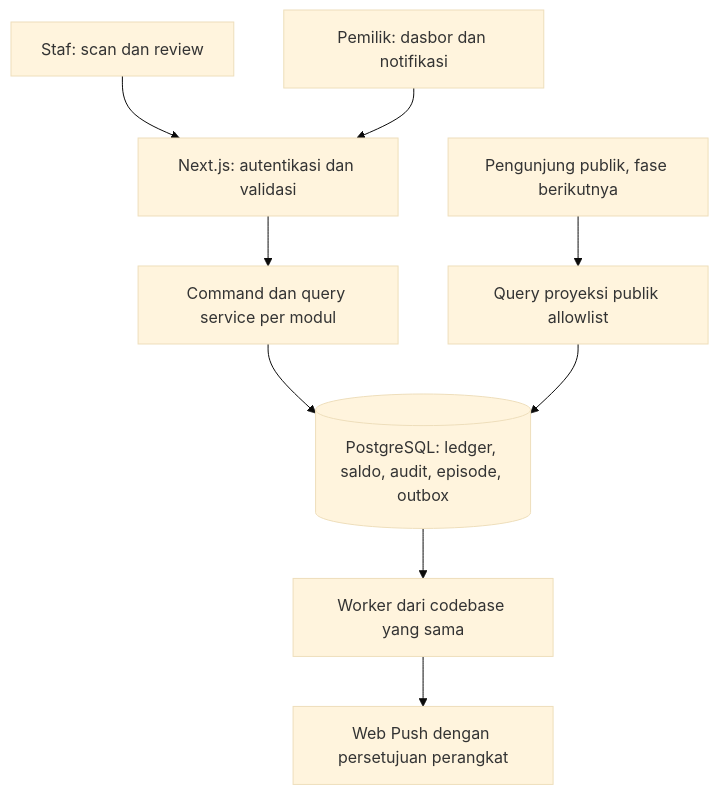
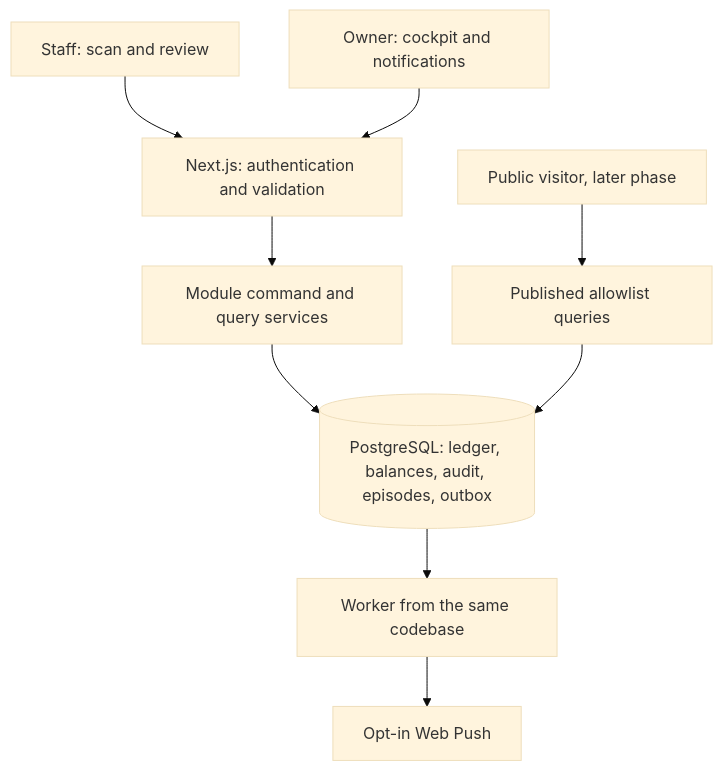
Before and after one commit to yusufarst/bantukasir: the diagram in docs/02-ARCHITECTURE.md, drawn with Mermaid (base theme). The commit also changed other lines of this file and 19 other files, not shown here.

Commit message:
docs: complete English product and architecture refinement

````diff
--- a/docs/02-ARCHITECTURE.md
+++ b/docs/02-ARCHITECTURE.md
@@ -9,11 +9,11 @@
 ```mermaid
 flowchart TD
-  S[Staf: scan dan review] --> H[Next.js: autentikasi dan validasi]
-  O[Pemilik: dasbor dan notifikasi] --> H
-  H --> C[Command dan query service per modul]
-  C --> P[(PostgreSQL: ledger, saldo, audit, episode, outbox)]
-  P --> W[Worker dari codebase yang sama]
-  W --> N[Web Push dengan persetujuan perangkat]
-  V[Pengunjung publik, fase berikutnya] --> R[Query proyeksi publik allowlist]
+  S[Staff: scan and review] --> H[Next.js: authentication and validation]
+  O[Owner: cockpit and notifications] --> H
+  H --> C[Module command and query services]
+  C --> P[(PostgreSQL: ledger, balances, audit, episodes, outbox)]
+  P --> W[Worker from the same codebase]
+  W --> N[Opt-in Web Push]
+  V[Public visitor, later phase] --> R[Published allowlist queries]
   R --> P
 ```
````
